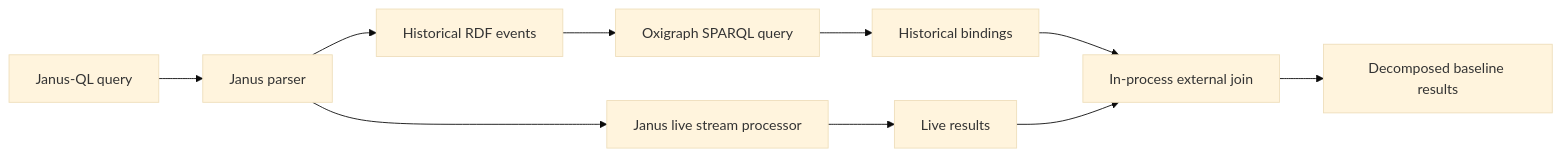
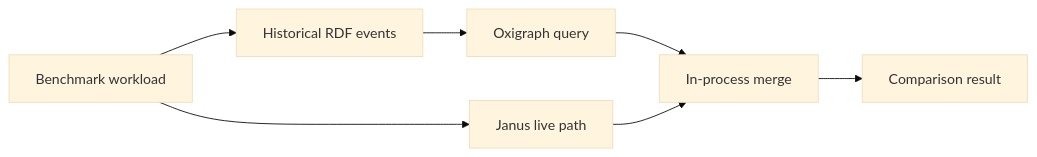
The second of 3 diagrams in docs/PAPER_ARCHITECTURE.md (SolidLabResearch/janus), drawn with Mermaid (base theme) before and after one commit. The commit also changed other lines of this file and 58 other files, not shown here.

Commit message:
Add storage footprint summary CSV with performance metrics for Janus and Oxigraph

````diff
--- a/docs/PAPER_ARCHITECTURE.md
+++ b/docs/PAPER_ARCHITECTURE.md
@@ -19,12 +21,9 @@
 ```mermaid
 flowchart LR
-    A["Janus-QL query"] --> B["Janus parser"]
-    B --> C["Historical RDF events"]
-    C --> D["Oxigraph SPARQL query"]
-    D --> E["Historical bindings"]
-    B --> F["Janus live stream processor"]
-    F --> G["Live results"]
-    E --> H["In-process external join"]
-    G --> H
-    H --> I["Decomposed baseline results"]
+    Q[Benchmark workload] --> H[Historical RDF events]
+    H --> O[Oxigraph query]
+    Q --> L[Janus live path]
+    O --> J[In-process merge]
+    L --> J
+    J --> R[Comparison result]
 ```
````
